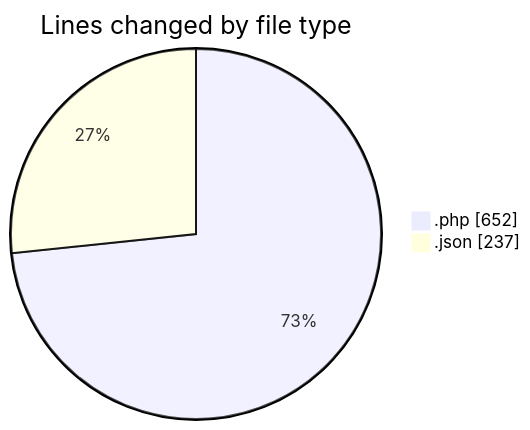
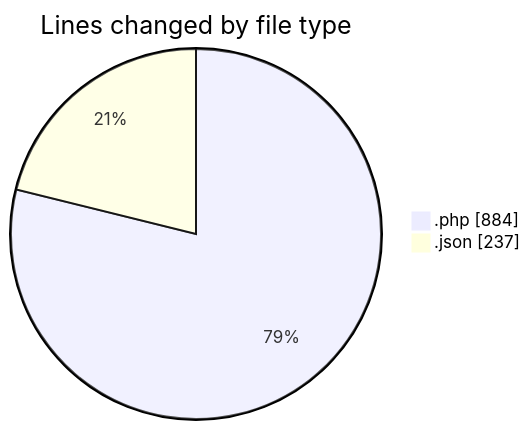
One commit to idhammustaqopulfikri/code-tracking changed the first of 2 diagrams in 2025-06-16/studio-backend/README.md. Above: the diagram before and after it, drawn with Mermaid. The commit also changed other lines of this file and 1 other file, not shown here.

````diff
--- a/2025-06-16/studio-backend/README.md
+++ b/2025-06-16/studio-backend/README.md
@@ -23,6 +24,6 @@
 ```mermaid
 pie showData
 title Lines changed by file type
-".php" : 652
+".php" : 884
 ".json" : 237
 ```
````
